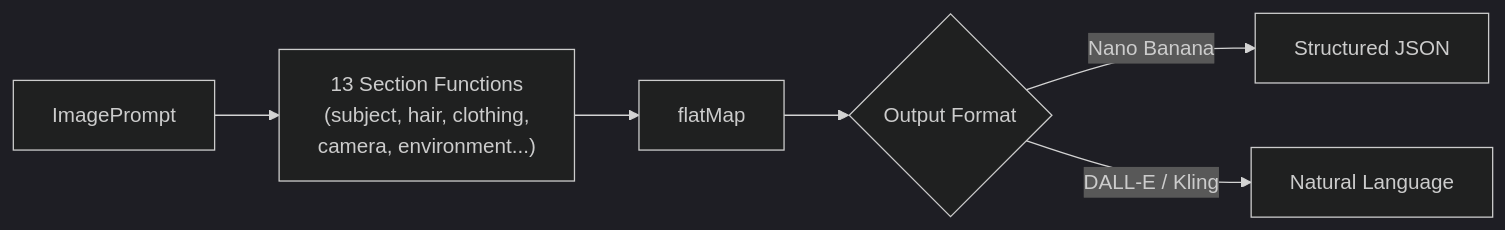
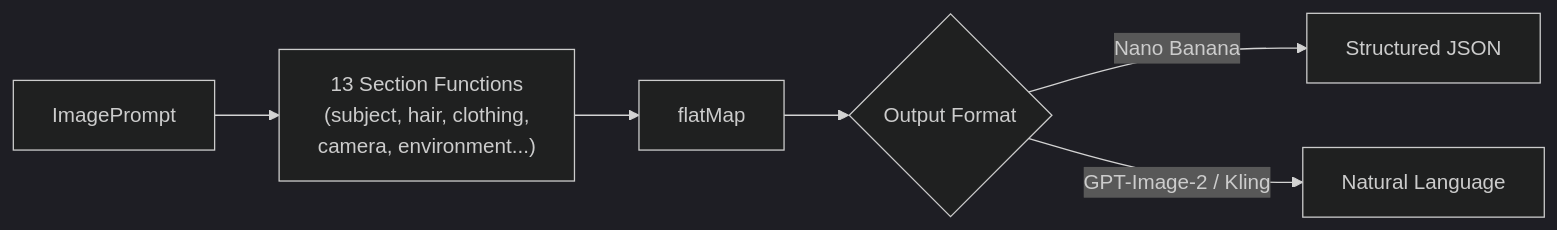
One commit to DareDev256/Ultimate-Image-Video-Prompt-Generator changed the first of 2 diagrams in README.md. Above: the diagram before and after it, drawn with Mermaid (dark theme). The commit also changed other lines of this file and 6 other files, not shown here.

````diff
--- a/README.md
+++ b/README.md
@@ -237,8 +255,8 @@
 ```mermaid
 flowchart LR
     A[ImagePrompt] --> B["13 Section Functions<br/>(subject, hair, clothing,<br/>camera, environment...)"]
     B --> C[flatMap]
     C --> D{Output Format}
     D -->|Nano Banana| E[Structured JSON]
-    D -->|DALL-E / Kling| F[Natural Language]
+    D -->|GPT-Image-2 / Kling| F[Natural Language]
 ```
````
